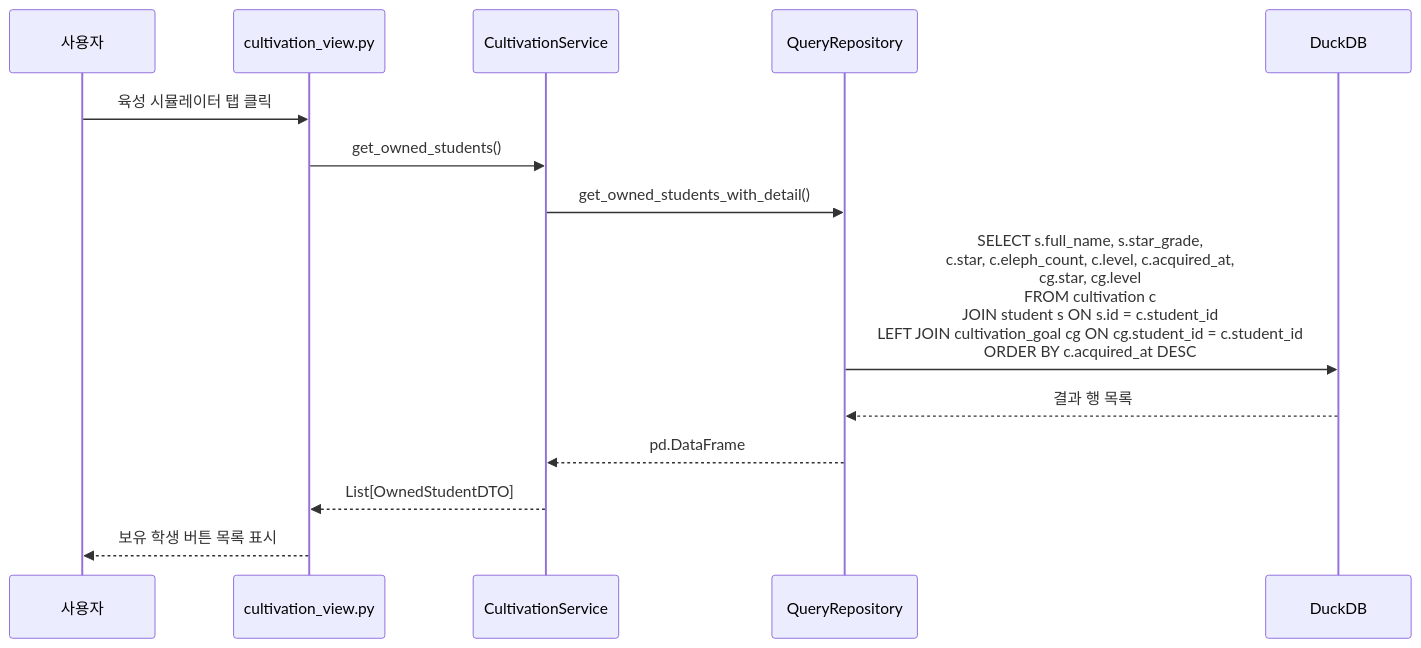
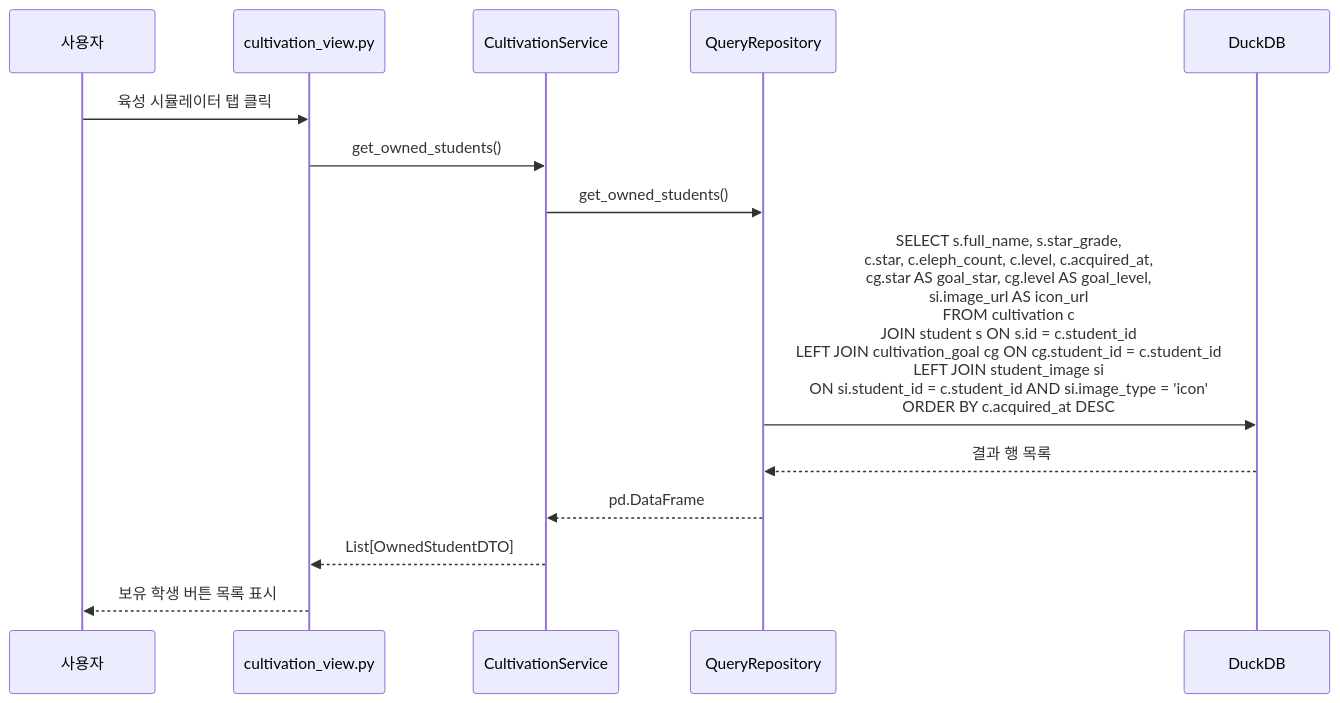
The fourth of 5 diagrams in 설계서_초안.md (dngur521/blue-archive-db-project), drawn with Mermaid before and after one commit. The commit also changed other lines of this file and 26 other files, not shown here.

````diff
--- a/설계서_초안.md
+++ b/설계서_초안.md
@@ -628,17 +664,17 @@
 ```mermaid
 sequenceDiagram
     participant 사용자
     participant View as cultivation_view.py
     participant Service as CultivationService
     participant QueryRepo as QueryRepository
     participant DB as DuckDB
 
     사용자->>View: 육성 시뮬레이터 탭 클릭
     View->>Service: get_owned_students()
-    Service->>QueryRepo: get_owned_students_with_detail()
-    QueryRepo->>DB: SELECT s.full_name, s.star_grade,<br/>  c.star, c.eleph_count, c.level, c.acquired_at,<br/>  cg.star, cg.level<br/>FROM cultivation c<br/>JOIN student s ON s.id = c.student_id<br/>LEFT JOIN cultivation_goal cg ON cg.student_id = c.student_id<br/>ORDER BY c.acquired_at DESC
+    Service->>QueryRepo: get_owned_students()
+    QueryRepo->>DB: SELECT s.full_name, s.star_grade,<br/>  c.star, c.eleph_count, c.level, c.acquired_at,<br/>  cg.star AS goal_star, cg.level AS goal_level,<br/>  si.image_url AS icon_url<br/>FROM cultivation c<br/>JOIN student s ON s.id = c.student_id<br/>LEFT JOIN cultivation_goal cg ON cg.student_id = c.student_id<br/>LEFT JOIN student_image si<br/>  ON si.student_id = c.student_id AND si.image_type = 'icon'<br/>ORDER BY c.acquired_at DESC
     DB-->>QueryRepo: 결과 행 목록
     QueryRepo-->>Service: pd.DataFrame
     Service-->>View: List[OwnedStudentDTO]
     View-->>사용자: 보유 학생 버튼 목록 표시
 ```
````
